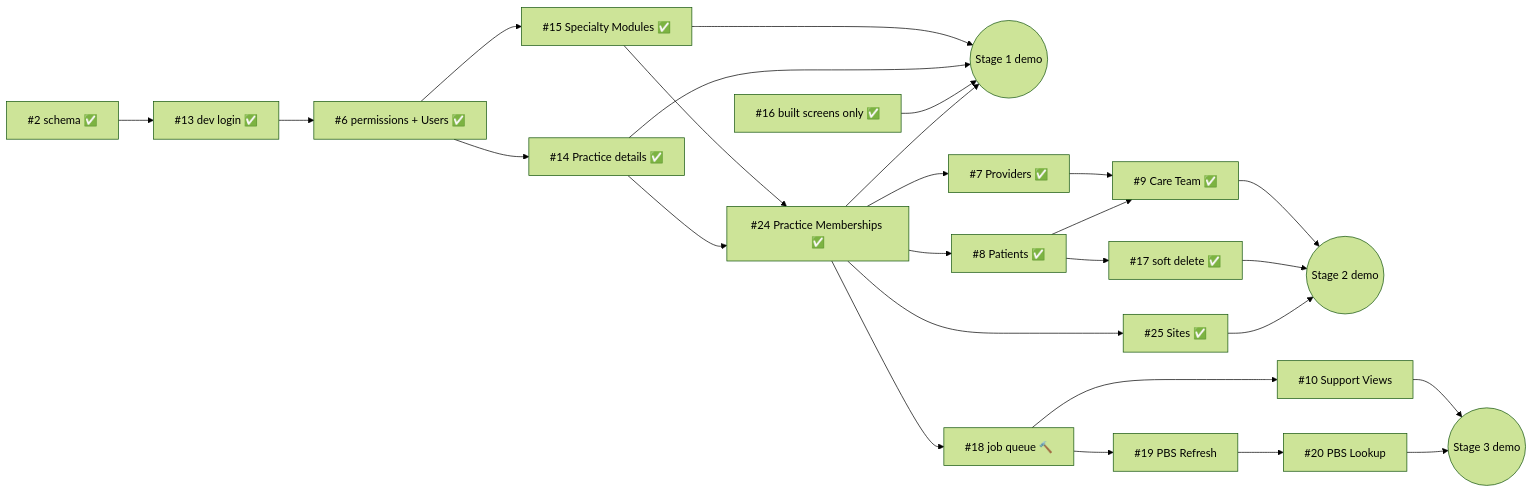
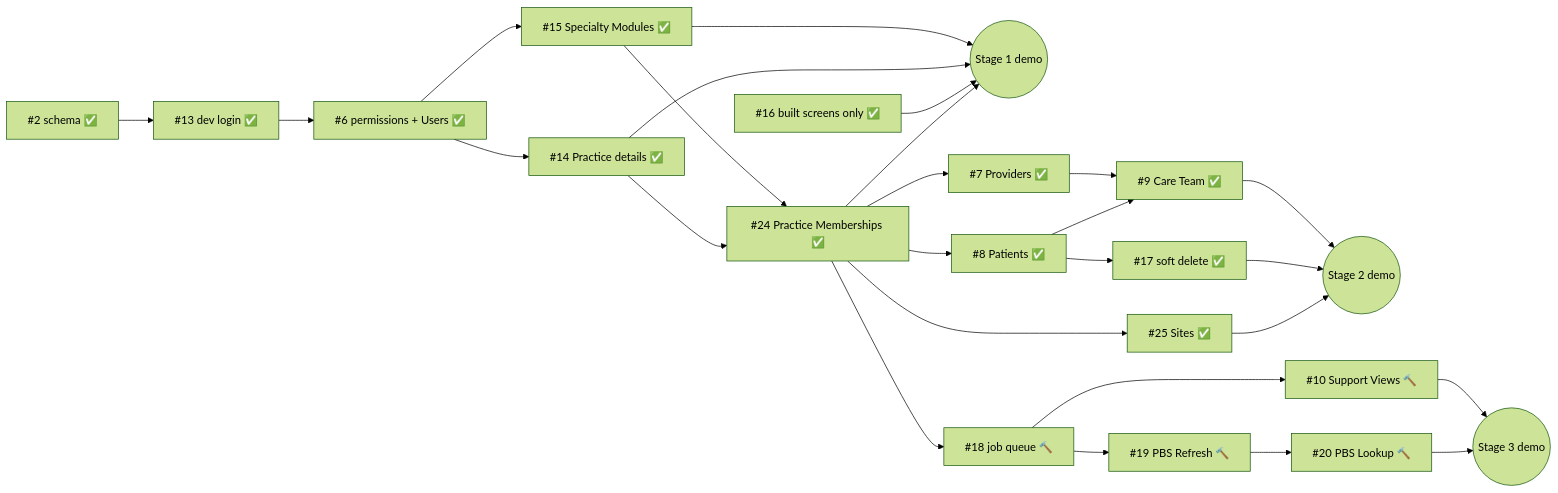
The diagram in docs/build-order.md (kl-a/vigil_care), drawn with Mermaid (forest theme) before and after one commit. The commit also changed other lines of this file and 6 other files, not shown here.

````diff
--- a/docs/build-order.md
+++ b/docs/build-order.md
@@ -86,24 +86,24 @@
 ```mermaid
 flowchart LR
     T2[#2 schema ✅] --> T13[#13 dev login ✅]
     T13 --> T6[#6 permissions + Users ✅]
     T6 --> T14[#14 Practice details ✅]
     T6 --> T15[#15 Specialty Modules ✅]
     T14 --> T24[#24 Practice Memberships ✅]
     T15 --> T24
     T24 --> S1
     T16[#16 built screens only ✅] --> S1((Stage 1 demo))
     T14 --> S1
     T15 --> S1
     T24 --> T8[#8 Patients ✅] --> T17[#17 soft delete ✅]
     T24 --> T7[#7 Providers ✅]
     T24 --> T25[#25 Sites ✅] --> S2
     T8 --> T9[#9 Care Team ✅]
     T7 --> T9
     T17 --> S2((Stage 2 demo))
     T9 --> S2
-    T24 --> T18[#18 job queue 🔨] --> T19[#19 PBS Refresh] --> T20[#20 PBS Lookup]
-    T18 --> T10[#10 Support Views]
+    T24 --> T18[#18 job queue 🔨] --> T19[#19 PBS Refresh 🔨] --> T20[#20 PBS Lookup 🔨]
+    T18 --> T10[#10 Support Views 🔨]
     T20 --> S3((Stage 3 demo))
     T10 --> S3
 ```
````
